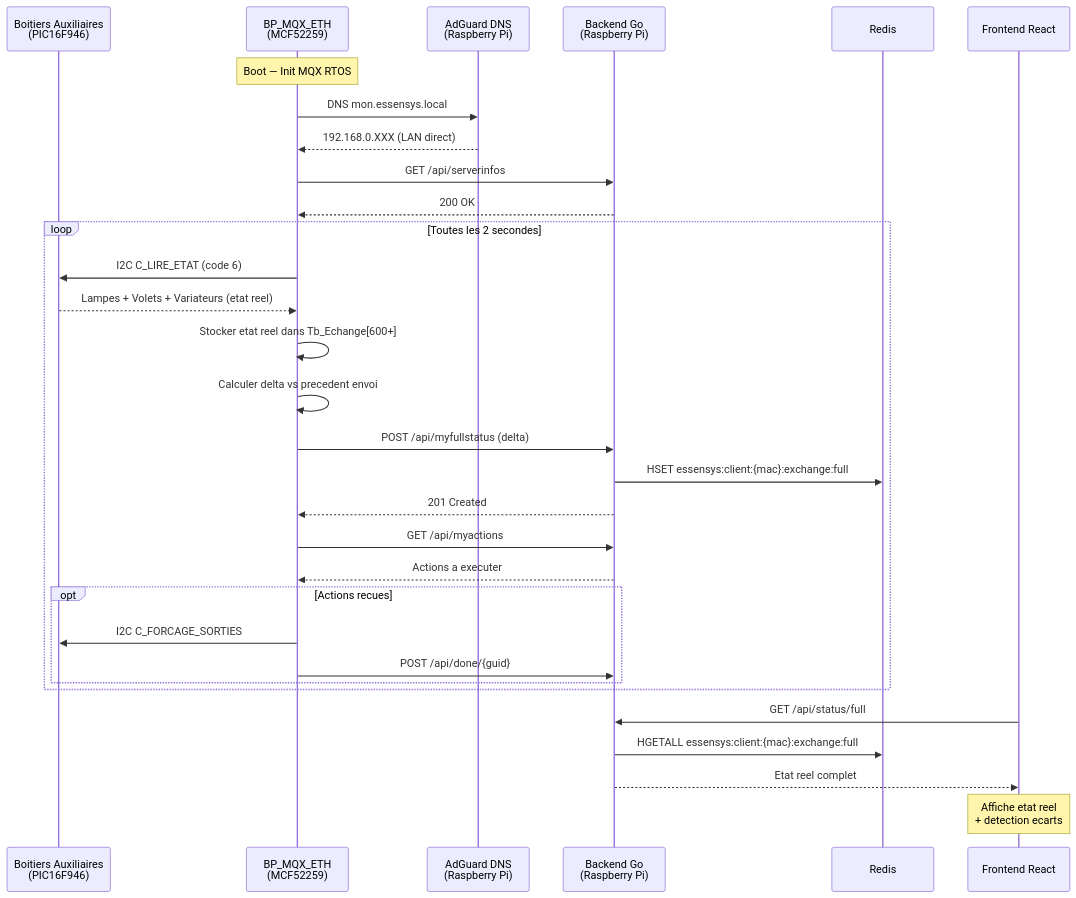
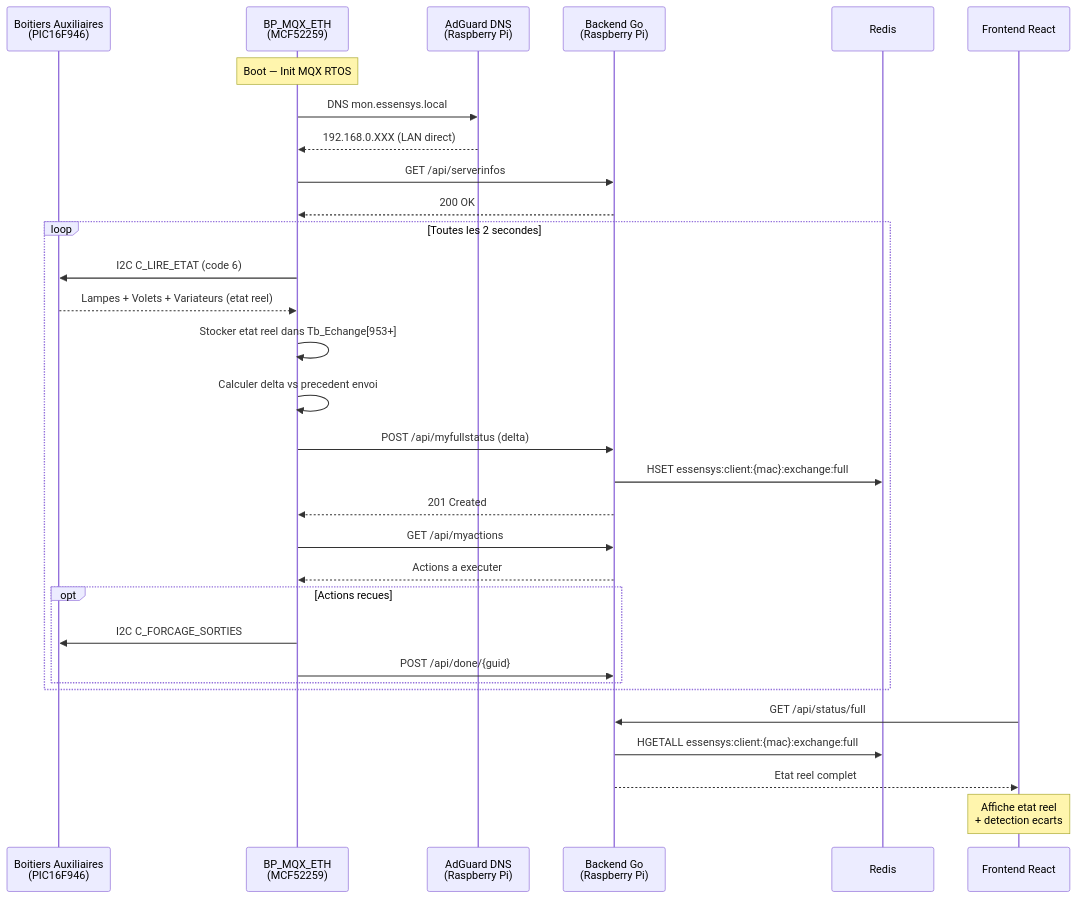
The diagram in new_feature/firmware-v2-local-fullstatus.md (essensys-hub/essensys-doc), drawn with Mermaid before and after one commit. The commit also changed other lines of this file and 8 other files, not shown here.

````diff
--- a/new_feature/firmware-v2-local-fullstatus.md
+++ b/new_feature/firmware-v2-local-fullstatus.md
@@ -362,41 +362,41 @@
 ```mermaid
 sequenceDiagram
     participant BA as Boitiers Auxiliaires<br/>(PIC16F946)
     participant BP as BP_MQX_ETH<br/>(MCF52259)
     participant AG as AdGuard DNS<br/>(Raspberry Pi)
     participant BE as Backend Go<br/>(Raspberry Pi)
     participant R as Redis
     participant FE as Frontend React
 
     Note over BP: Boot — Init MQX RTOS
 
     BP->>AG: DNS mon.essensys.local
     AG-->>BP: 192.168.0.XXX (LAN direct)
 
     BP->>BE: GET /api/serverinfos
     BE-->>BP: 200 OK
 
     loop Toutes les 2 secondes
         BP->>BA: I2C C_LIRE_ETAT (code 6)
         BA-->>BP: Lampes + Volets + Variateurs (etat reel)
-        BP->>BP: Stocker etat reel dans Tb_Echange[600+]
+        BP->>BP: Stocker etat reel dans Tb_Echange[953+]
 
         BP->>BP: Calculer delta vs precedent envoi
         BP->>BE: POST /api/myfullstatus (delta)
         BE->>R: HSET essensys:client:{mac}:exchange:full
         BE-->>BP: 201 Created
 
         BP->>BE: GET /api/myactions
         BE-->>BP: Actions a executer
 
         opt Actions recues
             BP->>BA: I2C C_FORCAGE_SORTIES
             BP->>BE: POST /api/done/{guid}
         end
     end
 
     FE->>BE: GET /api/status/full
     BE->>R: HGETALL essensys:client:{mac}:exchange:full
     BE-->>FE: Etat reel complet
     Note over FE: Affiche etat reel<br/>+ detection ecarts
 ```
````
